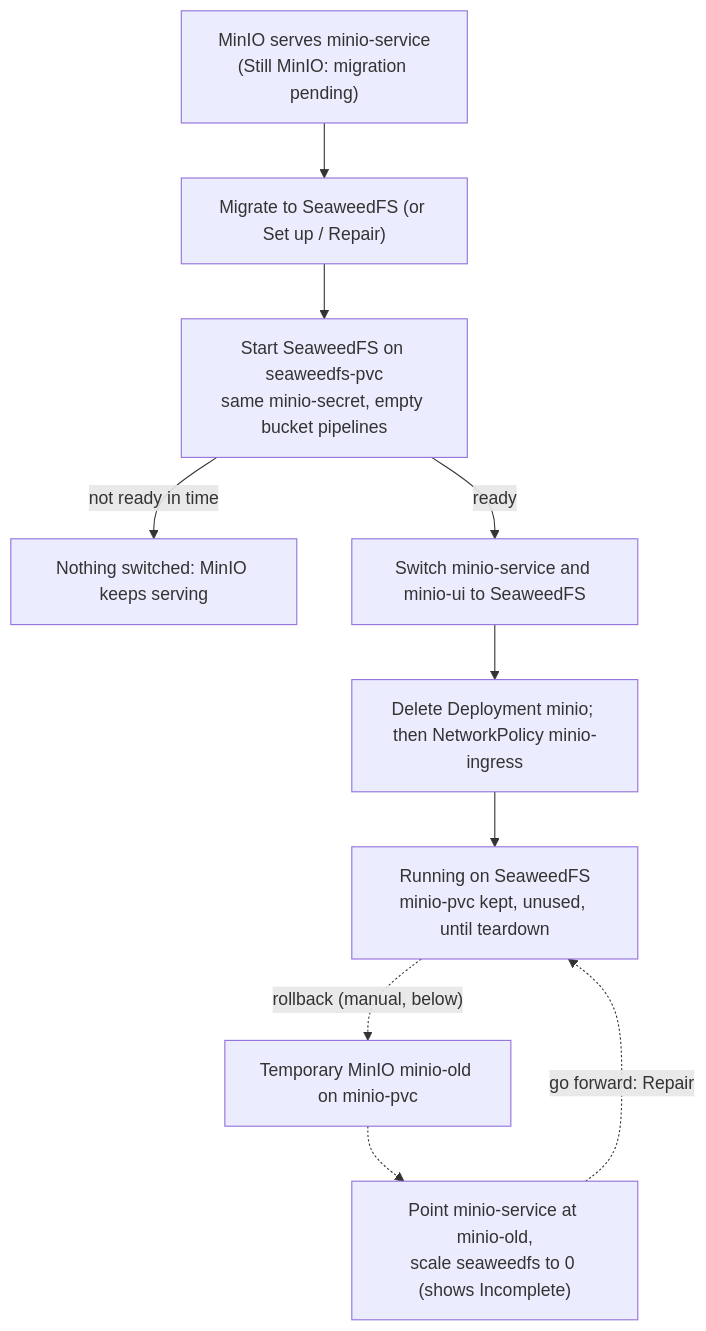
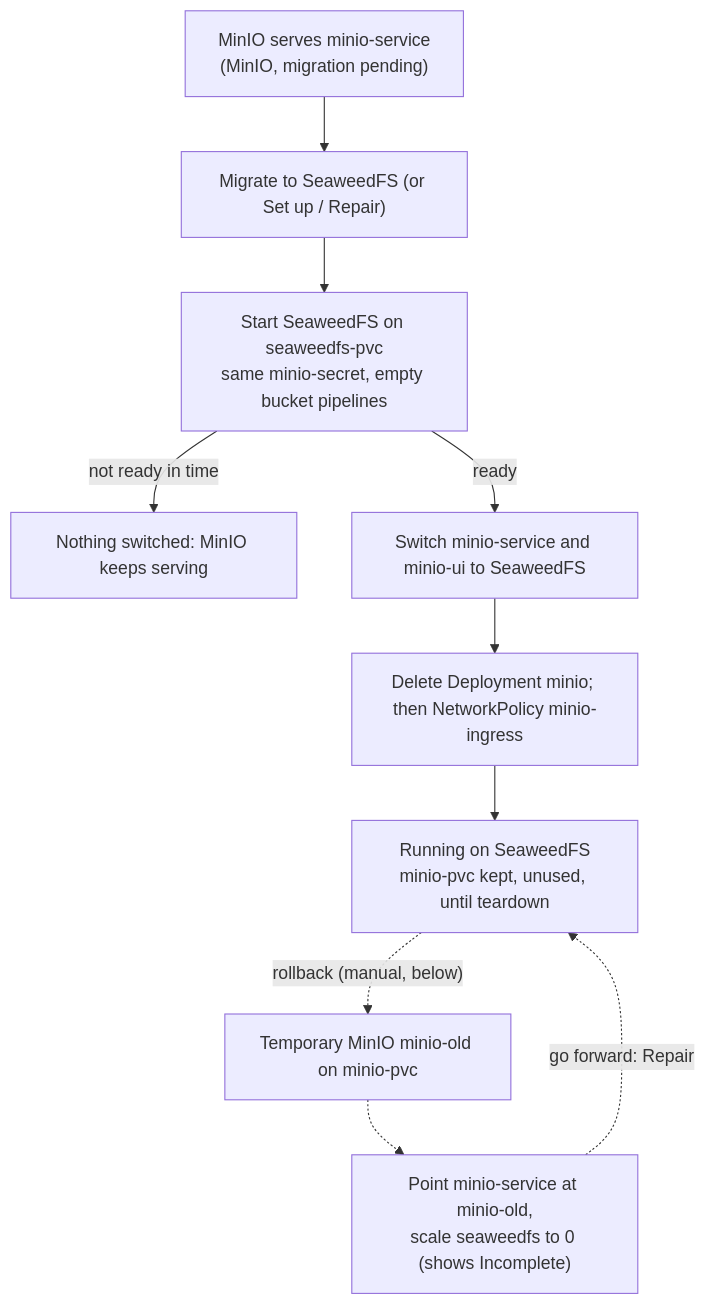
Before and after one commit to DaoDaoNoCode/rhoai-nightly-updater: the third of 3 diagrams in RUNBOOK.md, drawn with Mermaid. The commit also changed other lines of this file and 5 other files, not shown here.

````diff
--- a/RUNBOOK.md
+++ b/RUNBOOK.md
@@ -316,12 +316,12 @@
 ```mermaid
 flowchart TD
-  M0["MinIO serves minio-service<br>(Still MinIO: migration pending)"] --> M1["Migrate to SeaweedFS (or Set up / Repair)"]
+  M0["MinIO serves minio-service<br>(MinIO, migration pending)"] --> M1["Migrate to SeaweedFS (or Set up / Repair)"]
   M1 --> M2["Start SeaweedFS on seaweedfs-pvc<br>same minio-secret, empty bucket pipelines"]
   M2 -->|"not ready in time"| MX["Nothing switched: MinIO keeps serving"]
   M2 -->|ready| M3["Switch minio-service and minio-ui to SeaweedFS"]
   M3 --> M4["Delete Deployment minio; then NetworkPolicy minio-ingress"]
   M4 --> M5["Running on SeaweedFS<br>minio-pvc kept, unused, until teardown"]
   M5 -.->|"rollback (manual, below)"| RB1["Temporary MinIO minio-old on minio-pvc"]
   RB1 -.-> RB2["Point minio-service at minio-old,<br>scale seaweedfs to 0 (shows Incomplete)"]
   RB2 -.->|"go forward: Repair"| M5
 ```
````
